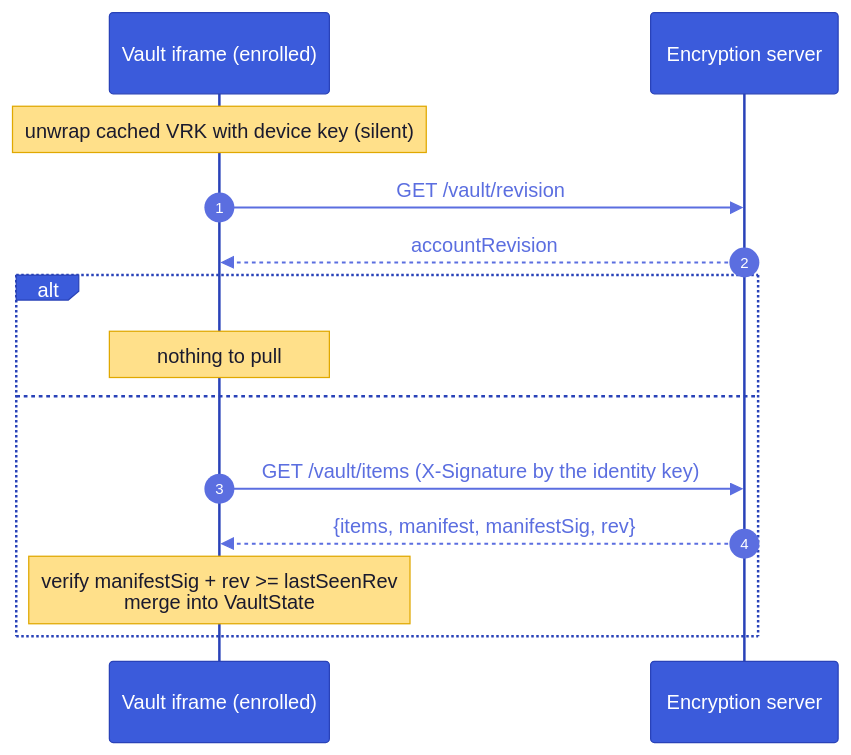
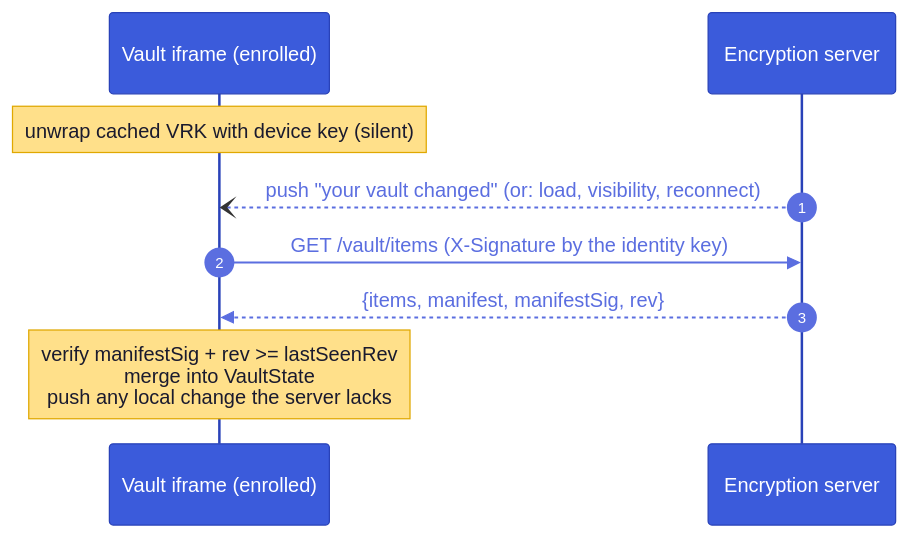
Before and after one commit to suitenumerique/encryption: diagram 12 of 23 in architecture.md, drawn with Mermaid. The commit also changed other lines of this file and 12 other files, not shown here.

````diff
--- a/architecture.md
+++ b/architecture.md
@@ -980,17 +1016,12 @@
 ```mermaid
-%%{init: {'theme':'base','themeVariables':{'actorBkg':'#3b5bdb','actorTextColor':'#fff','actorBorder':'#2942b8','signalColor':'#5b6ee0','signalTextColor':'#5b6ee0','noteBkgColor':'#ffe08a','noteTextColor':'#1a1a2e','noteBorderColor':'#e0a800','sequenceNumberColor':'#fff'}}}%%
+%%{init: {'theme':'base','look':'classic','themeVariables':{'actorBkg':'#3b5bdb','actorTextColor':'#fff','actorBorder':'#2942b8','signalColor':'#5b6ee0','signalTextColor':'#5b6ee0','noteBkgColor':'#ffe08a','noteTextColor':'#1a1a2e','noteBorderColor':'#e0a800','sequenceNumberColor':'#fff'}}}%%
 sequenceDiagram
   autonumber
   participant V as Vault iframe (enrolled)
   participant API as Encryption server
   Note over V: unwrap cached VRK with device key (silent)
-  V->>API: GET /vault/revision
-  API-->>V: accountRevision
-  alt unchanged
-    Note over V: nothing to pull
-  else newer on server
-    V->>API: GET /vault/items (X-Signature by the identity key)
-    API-->>V: {items, manifest, manifestSig, rev}
-    Note over V: verify manifestSig + rev >= lastSeenRev<br/>merge into VaultState
-  end
+  API--)V: push "your vault changed" (or: load, visibility, reconnect)
+  V->>API: GET /vault/items (X-Signature by the identity key)
+  API-->>V: {items, manifest, manifestSig, rev}
+  Note over V: verify manifestSig + rev >= lastSeenRev<br/>merge into VaultState<br/>push any local change the server lacks
 ```
````
